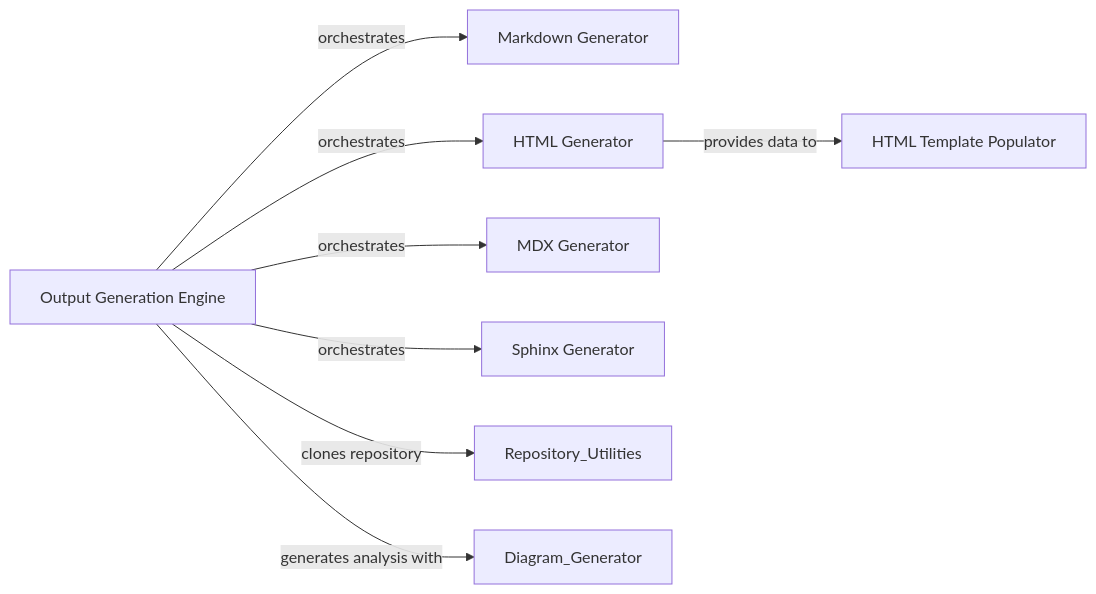
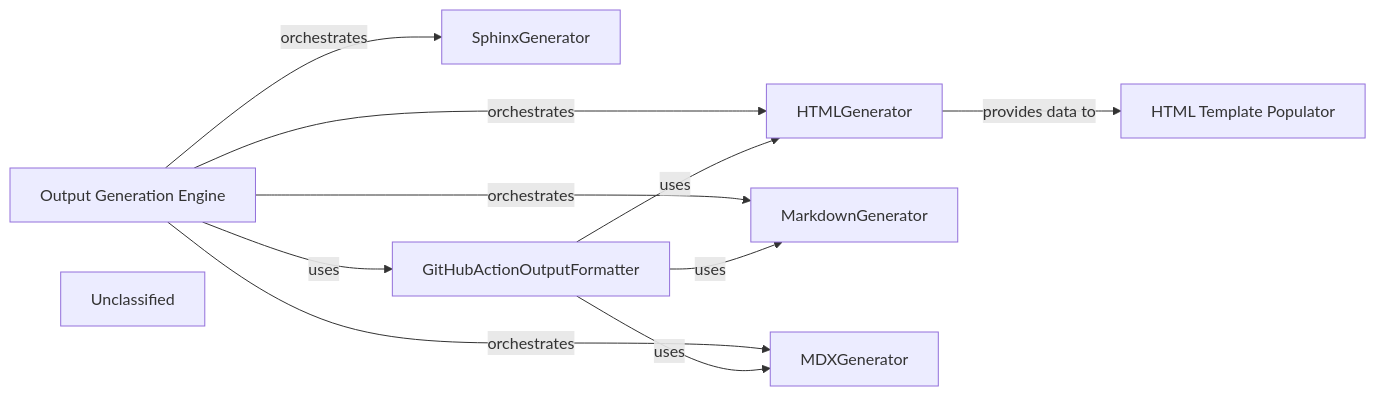
One commit to mariyam866/CodeBoarding changed the diagram in .codeboarding/Output_Generation_Engine.md. Above: the diagram before and after it, drawn with Mermaid. The commit also changed other lines of this file and 17 other files, not shown here.

First line of the commit message:
docs: update codeboarding documentation and generate architecture

````diff
--- a/.codeboarding/Output_Generation_Engine.md
+++ b/.codeboarding/Output_Generation_Engine.md
@@ -1,17 +1,21 @@
 ```mermaid
 graph LR
     Output_Generation_Engine["Output Generation Engine"]
-    Markdown_Generator["Markdown Generator"]
-    HTML_Generator["HTML Generator"]
-    MDX_Generator["MDX Generator"]
-    Sphinx_Generator["Sphinx Generator"]
+    HTMLGenerator["HTMLGenerator"]
+    MarkdownGenerator["MarkdownGenerator"]
+    MDXGenerator["MDXGenerator"]
+    SphinxGenerator["SphinxGenerator"]
+    GitHubActionOutputFormatter["GitHubActionOutputFormatter"]
     HTML_Template_Populator["HTML Template Populator"]
-    Output_Generation_Engine -- "orchestrates" --> Markdown_Generator
-    Output_Generation_Engine -- "orchestrates" --> HTML_Generator
-    Output_Generation_Engine -- "orchestrates" --> MDX_Generator
-    Output_Generation_Engine -- "orchestrates" --> Sphinx_Generator
-    HTML_Generator -- "provides data to" --> HTML_Template_Populator
-    Output_Generation_Engine -- "clones repository" --> Repository_Utilities
-    Output_Generation_Engine -- "generates analysis with" --> Diagram_Generator
+    Unclassified["Unclassified"]
+    Output_Generation_Engine -- "orchestrates" --> HTMLGenerator
+    Output_Generation_Engine -- "orchestrates" --> MarkdownGenerator
+    Output_Generation_Engine -- "orchestrates" --> MDXGenerator
+    Output_Generation_Engine -- "orchestrates" --> SphinxGenerator
+    Output_Generation_Engine -- "uses" --> GitHubActionOutputFormatter
+    HTMLGenerator -- "provides data to" --> HTML_Template_Populator
+    GitHubActionOutputFormatter -- "uses" --> HTMLGenerator
+    GitHubActionOutputFormatter -- "uses" --> MarkdownGenerator
+    GitHubActionOutputFormatter -- "uses" --> MDXGenerator
     click Output_Generation_Engine href "https://github.com/CodeBoarding/CodeBoarding/blob/main/.codeboarding/Output_Generation_Engine.md" "Details"
 ```
````
